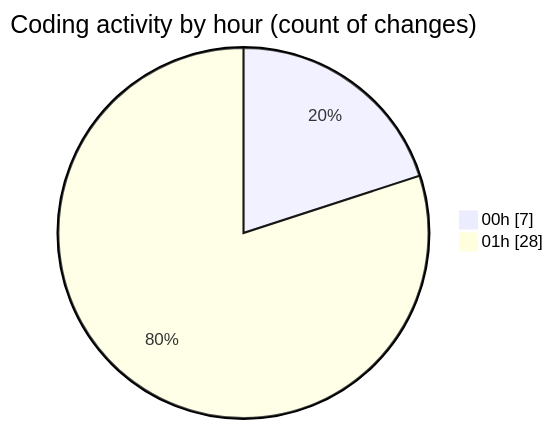
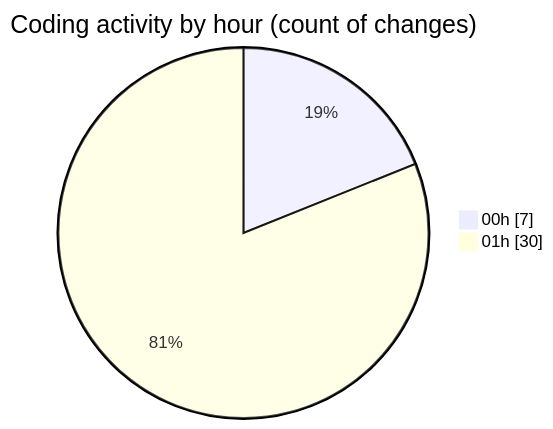
Before and after one commit to charlie-sans/code-tracking: the second of 2 diagrams in 2025-02-23/micros/README.md, drawn with Mermaid. The commit also changed other lines of this file and 1 other file, not shown here.

````diff
--- a/2025-02-23/micros/README.md
+++ b/2025-02-23/micros/README.md
@@ -35,6 +35,6 @@
 ```mermaid
 pie showData
 title Coding activity by hour (count of changes)
 "00h" : 7
-"01h" : 28
+"01h" : 30
 ```
````
